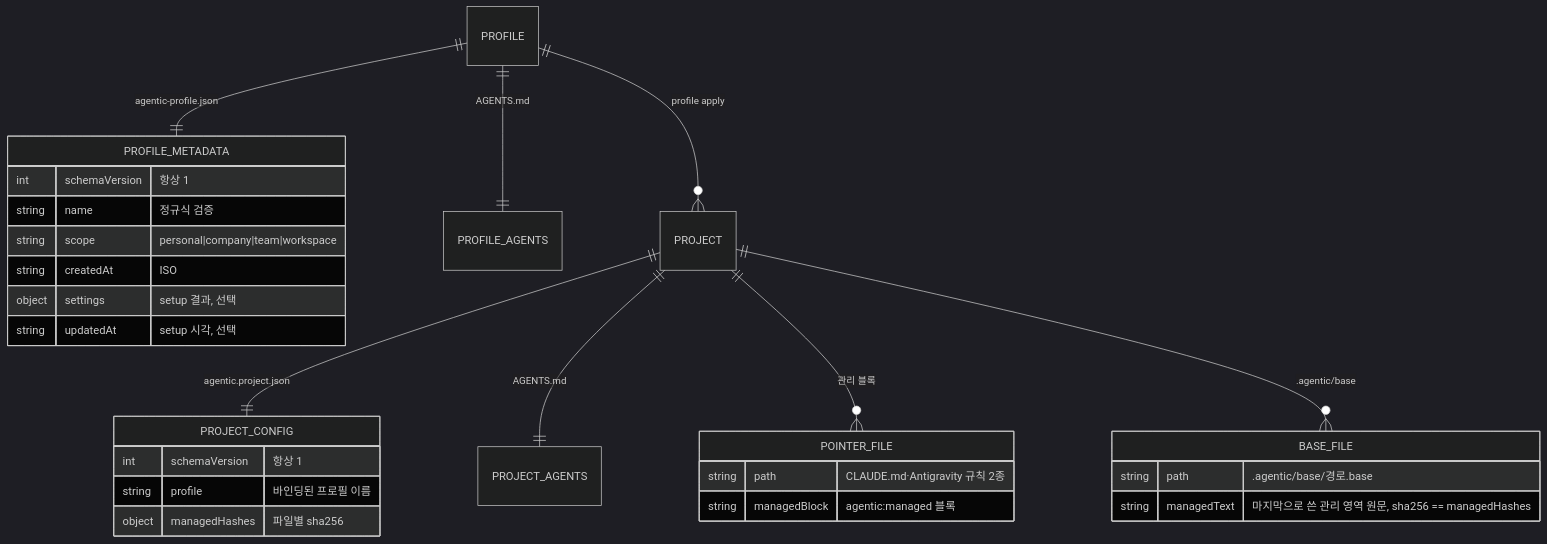
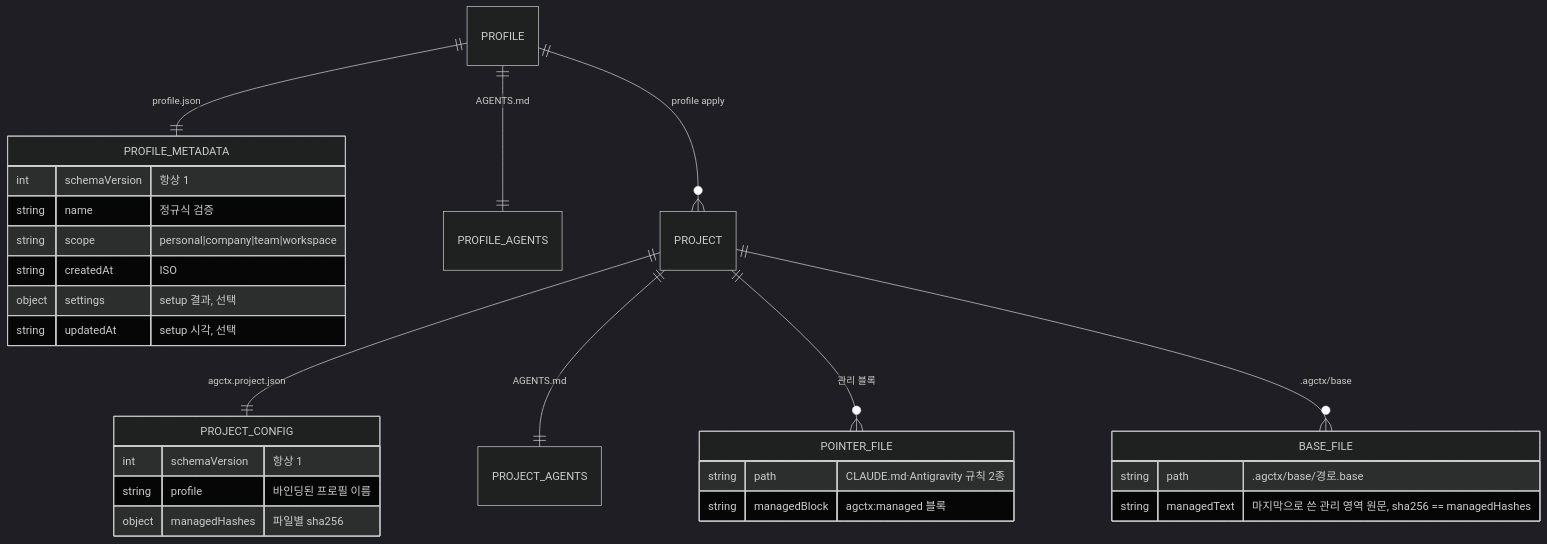
One commit to IsthisLee/agent-context-manager changed the third of 8 diagrams in docs/architecture/implementation-mechanics.md. Above: the diagram before and after it, drawn with Mermaid (dark theme). The commit also changed other lines of this file and 73 other files, not shown here.

````diff
--- a/docs/architecture/implementation-mechanics.md
+++ b/docs/architecture/implementation-mechanics.md
@@ -134,31 +131,31 @@
 ```mermaid
 erDiagram
-  PROFILE ||--|| PROFILE_METADATA : "agentic-profile.json"
+  PROFILE ||--|| PROFILE_METADATA : "profile.json"
   PROFILE ||--|| PROFILE_AGENTS : "AGENTS.md"
   PROFILE ||--o{ PROJECT : "profile apply"
-  PROJECT ||--|| PROJECT_CONFIG : "agentic.project.json"
+  PROJECT ||--|| PROJECT_CONFIG : "agctx.project.json"
   PROJECT ||--|| PROJECT_AGENTS : "AGENTS.md"
   PROJECT ||--o{ POINTER_FILE : "관리 블록"
-  PROJECT ||--o{ BASE_FILE : ".agentic/base"
+  PROJECT ||--o{ BASE_FILE : ".agctx/base"
   PROFILE_METADATA {
     int schemaVersion "항상 1"
     string name "정규식 검증"
     string scope "personal|company|team|workspace"
     string createdAt "ISO"
     object settings "setup 결과, 선택"
     string updatedAt "setup 시각, 선택"
   }
   PROJECT_CONFIG {
     int schemaVersion "항상 1"
     string profile "바인딩된 프로필 이름"
     object managedHashes "파일별 sha256"
   }
   POINTER_FILE {
     string path "CLAUDE.md·Antigravity 규칙 2종"
-    string managedBlock "agentic:managed 블록"
+    string managedBlock "agctx:managed 블록"
   }
   BASE_FILE {
-    string path ".agentic/base/경로.base"
+    string path ".agctx/base/경로.base"
     string managedText "마지막으로 쓴 관리 영역 원문, sha256 == managedHashes"
   }
 ```
````
